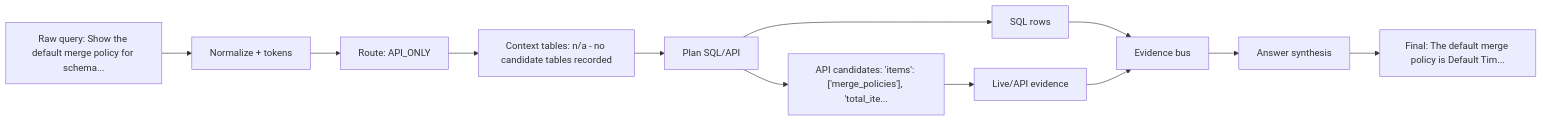
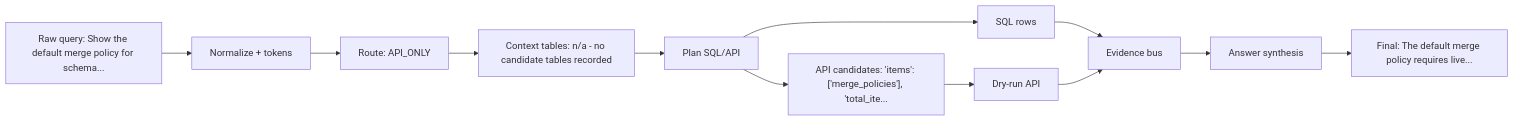
The diagram in outputs/visualizations/query_example_021_dataflow.md (dashsys-workshop-vldb/dashsys-workshop-vldb.github.io), drawn with Mermaid before and after one commit. The commit also changed other lines of this file and 691 other files, not shown here.

````diff
--- a/outputs/visualizations/query_example_021_dataflow.md
+++ b/outputs/visualizations/query_example_021_dataflow.md
@@ -17,14 +17,14 @@
 ```mermaid
 flowchart LR
   Q["Raw query: Show the default merge policy for schema..."] --> N["Normalize + tokens"]
   N --> R["Route: API_ONLY"]
   R --> C["Context tables: n/a - no candidate tables recorded"]
   C --> P["Plan SQL/API"]
   P --> S["SQL rows"]
   P --> A["API candidates: 'items': ['merge_policies'], 'total_ite..."]
-  A --> E["Live/API evidence"]
+  A --> E["Dry-run API"]
   S --> V["Evidence bus"]
   E --> V
   V --> H["Answer synthesis"]
-  H --> F["Final: The default merge policy is Default Tim..."]
+  H --> F["Final: The default merge policy requires live..."]
 ```
````
